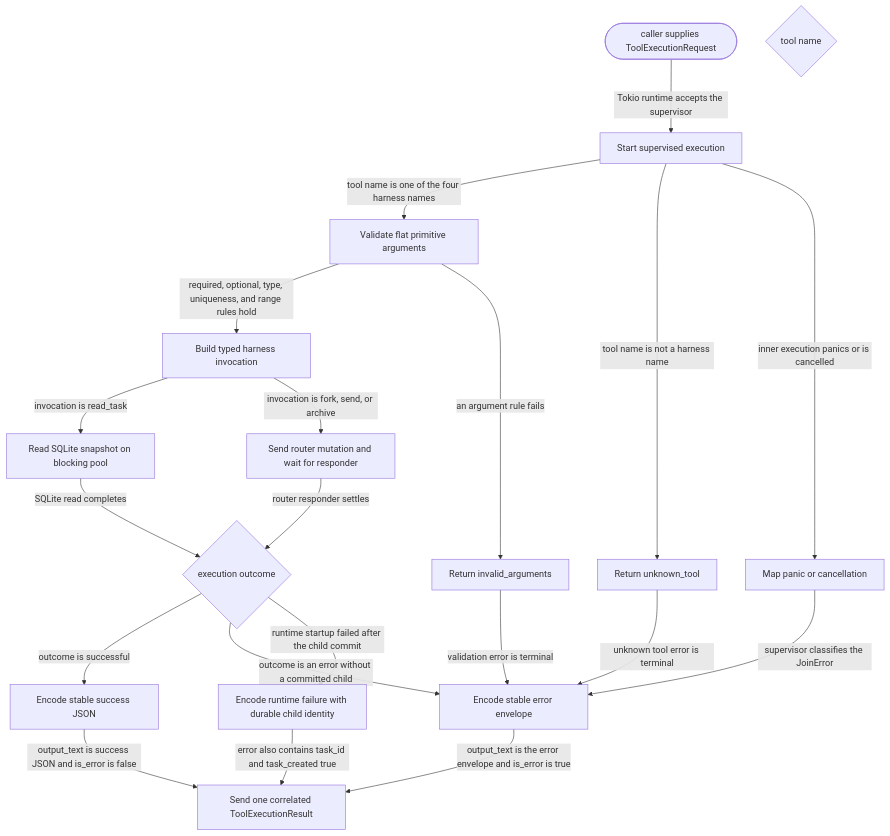
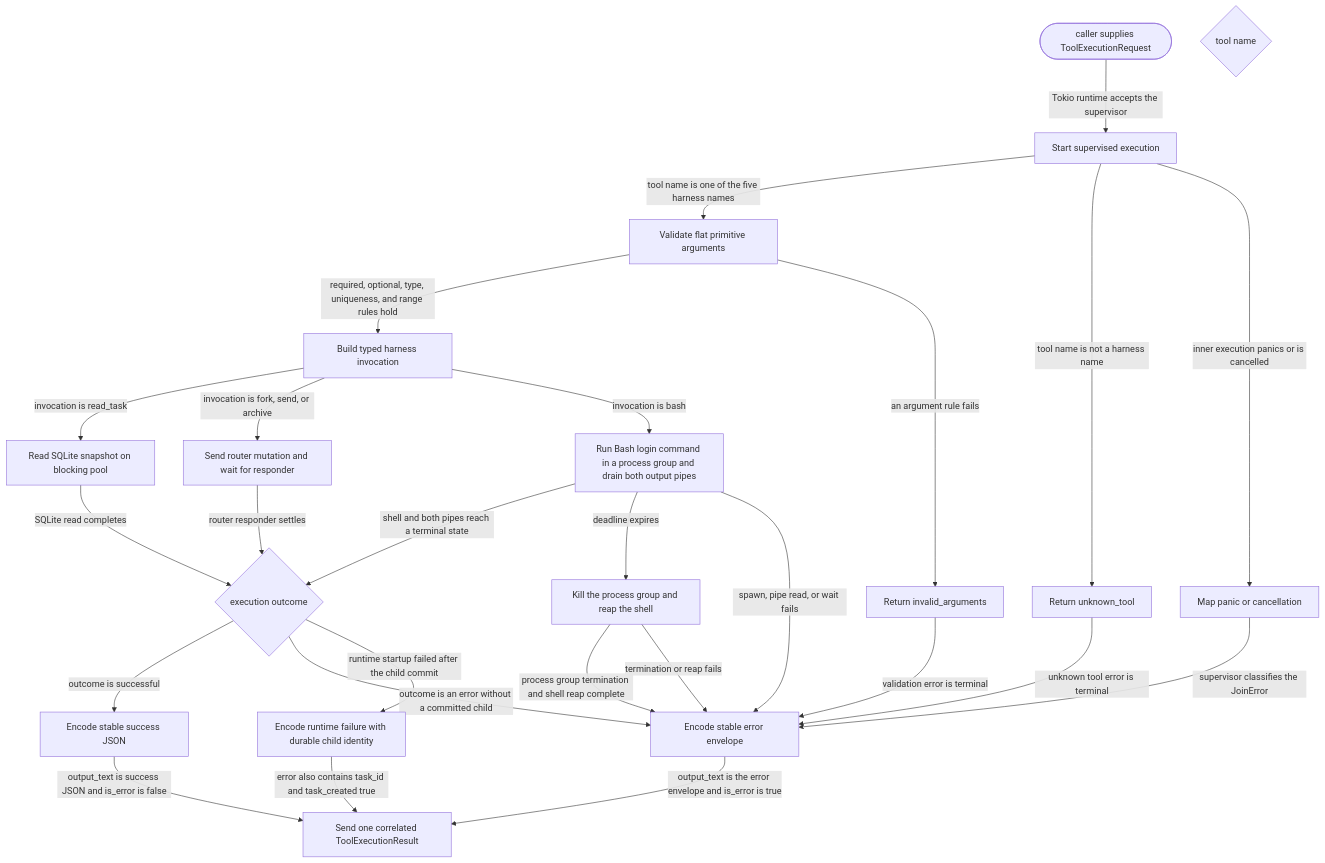
One commit to JiaJunDeng5930/Selvedge changed the diagram in crates/harness/README.md. Above: the diagram before and after it, drawn with Mermaid. The commit also changed other lines of this file and 10 other files, not shown here.

Commit message:
feat(harness): add bounded bash tool

````diff
--- a/crates/harness/README.md
+++ b/crates/harness/README.md
@@ -22,38 +26,46 @@
 ```mermaid
 flowchart TD
   Start([caller supplies ToolExecutionRequest])
   Supervise[Start supervised execution]
   Select{tool name}
   Validate[Validate flat primitive arguments]
   Invocation[Build typed harness invocation]
   Read[Read SQLite snapshot on blocking pool]
   Mutate[Send router mutation and wait for responder]
+  Bash[Run Bash login command in a process group and drain both output pipes]
+  BashTimeout[Kill the process group and reap the shell]
   Invalid[Return invalid_arguments]
   Unknown[Return unknown_tool]
   Panic[Map panic or cancellation]
   Outcome{execution outcome}
   Success[Encode stable success JSON]
   Failure[Encode stable error envelope]
   PartialFailure[Encode runtime failure with durable child identity]
   Result[Send one correlated ToolExecutionResult]
 
   Start -->|Tokio runtime accepts the supervisor| Supervise
-  Supervise -->|tool name is one of the four harness names| Validate
+  Supervise -->|tool name is one of the five harness names| Validate
   Supervise -->|tool name is not a harness name| Unknown
   Supervise -->|inner execution panics or is cancelled| Panic
   Validate -->|required, optional, type, uniqueness, and range rules hold| Invocation
   Validate -->|an argument rule fails| Invalid
   Invocation -->|invocation is read_task| Read
   Invocation -->|invocation is fork, send, or archive| Mutate
+  Invocation -->|invocation is bash| Bash
   Read -->|SQLite read completes| Outcome
   Mutate -->|router responder settles| Outcome
+  Bash -->|shell and both pipes reach a terminal state| Outcome
+  Bash -->|deadline expires| BashTimeout
+  Bash -->|spawn, pipe read, or wait fails| Failure
+  BashTimeout -->|process group termination and shell reap complete| Failure
+  BashTimeout -->|termination or reap fails| Failure
   Panic -->|supervisor classifies the JoinError| Failure
   Invalid -->|validation error is terminal| Failure
   Unknown -->|unknown tool error is terminal| Failure
   Outcome -->|outcome is successful| Success
   Outcome -->|outcome is an error without a committed child| Failure
   Outcome -->|runtime startup failed after the child commit| PartialFailure
   Success -->|output_text is success JSON and is_error is false| Result
   Failure -->|output_text is the error envelope and is_error is true| Result
   PartialFailure -->|error also contains task_id and task_created true| Result
 ```
````
